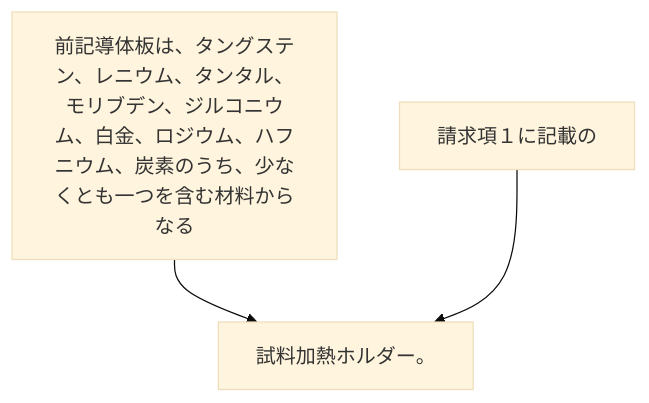
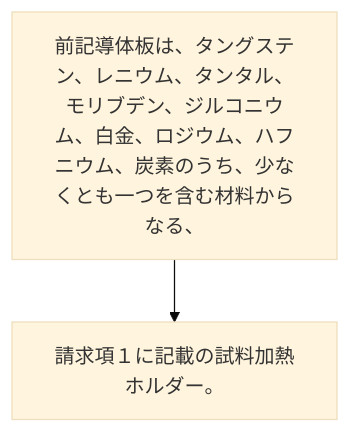
One commit to shinmori55/patent_analyzed changed the diagram in 2024/JP2024030202A/claim_4/README.md. Above: the diagram before and after it, drawn with Mermaid (base theme). The commit also changed 336 other files, not shown here.

````diff
--- a/2024/JP2024030202A/claim_4/README.md
+++ b/2024/JP2024030202A/claim_4/README.md
@@ -2,8 +2,6 @@
 ```mermaid
 flowchart TD
-A[前記導体板は、タングステン、レニウム、タンタル、モリブデン、ジルコニウム、白金、ロジウム、ハフニウム、炭素のうち、少なくとも一つを含む材料からなる]
-B[請求項１に記載の]
-C[試料加熱ホルダー。]
-A --> C
-B --> C
+A[前記導体板は、タングステン、レニウム、タンタル、モリブデン、ジルコニウム、白金、ロジウム、ハフニウム、炭素のうち、少なくとも一つを含む材料からなる、]
+B[請求項１に記載の試料加熱ホルダー。]
+A --> B
 ```
````
